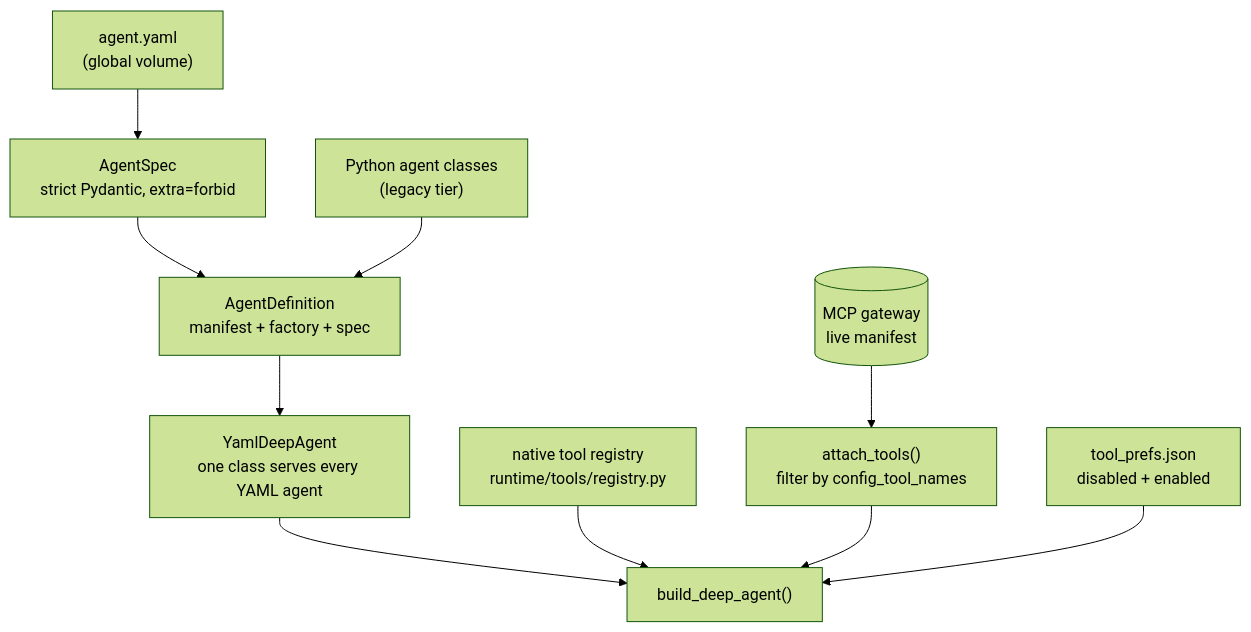
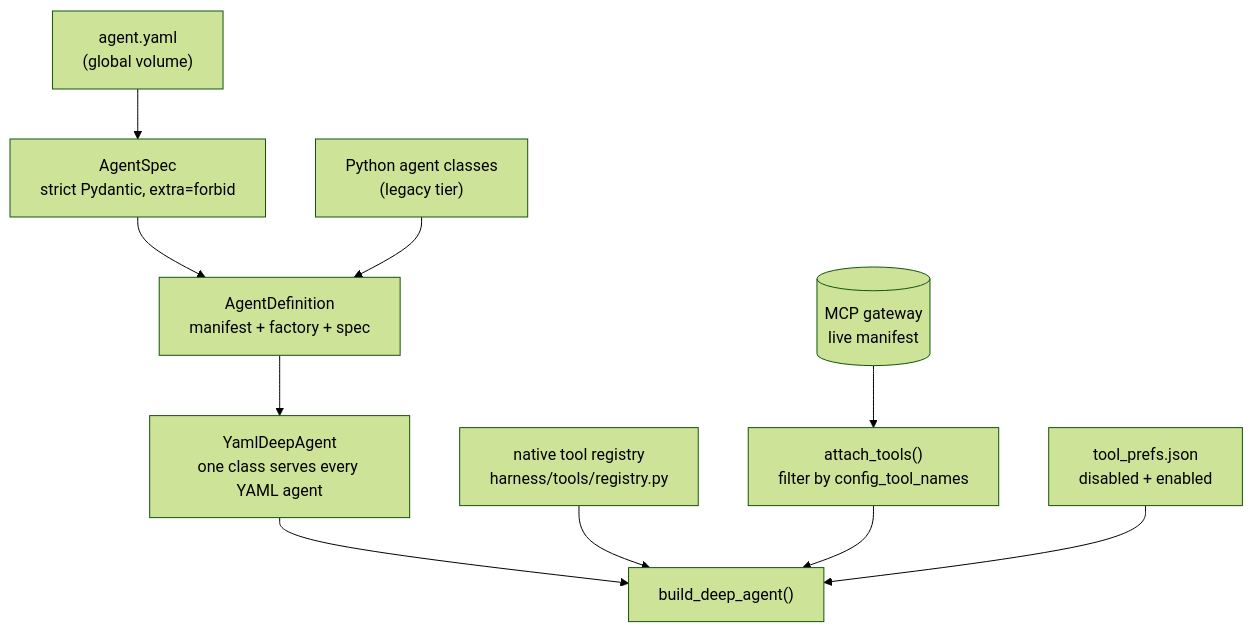
Before and after one commit to konstantinosmpouros/mAgenticX: the diagram in docs/plans/done/00-platform-restructure.md, drawn with Mermaid (forest theme). The commit also changed other lines of this file and 2241 other files, not shown here.

Commit message:
refactor(agents): rename the runtime package to harness

````diff
--- a/docs/plans/done/00-platform-restructure.md
+++ b/docs/plans/done/00-platform-restructure.md
@@ -33,12 +33,12 @@
 ```mermaid
 flowchart TD
     YML["agent.yaml<br/>(global volume)"] --> SPEC["AgentSpec<br/>strict Pydantic, extra=forbid"]
     SPEC --> DEF["AgentDefinition<br/>manifest + factory + spec"]
     DEF --> YDA["YamlDeepAgent<br/>one class serves every YAML agent"]
     PY["Python agent classes<br/>(legacy tier)"] --> DEF
     YDA --> BDA["build_deep_agent()"]
-    REG["native tool registry<br/>runtime/tools/registry.py"] --> BDA
+    REG["native tool registry<br/>harness/tools/registry.py"] --> BDA
     GW[("MCP gateway<br/>live manifest")] --> FILT["attach_tools()<br/>filter by config_tool_names"]
     FILT --> BDA
     PREFS["tool_prefs.json<br/>disabled + enabled"] --> BDA
 ```
````
